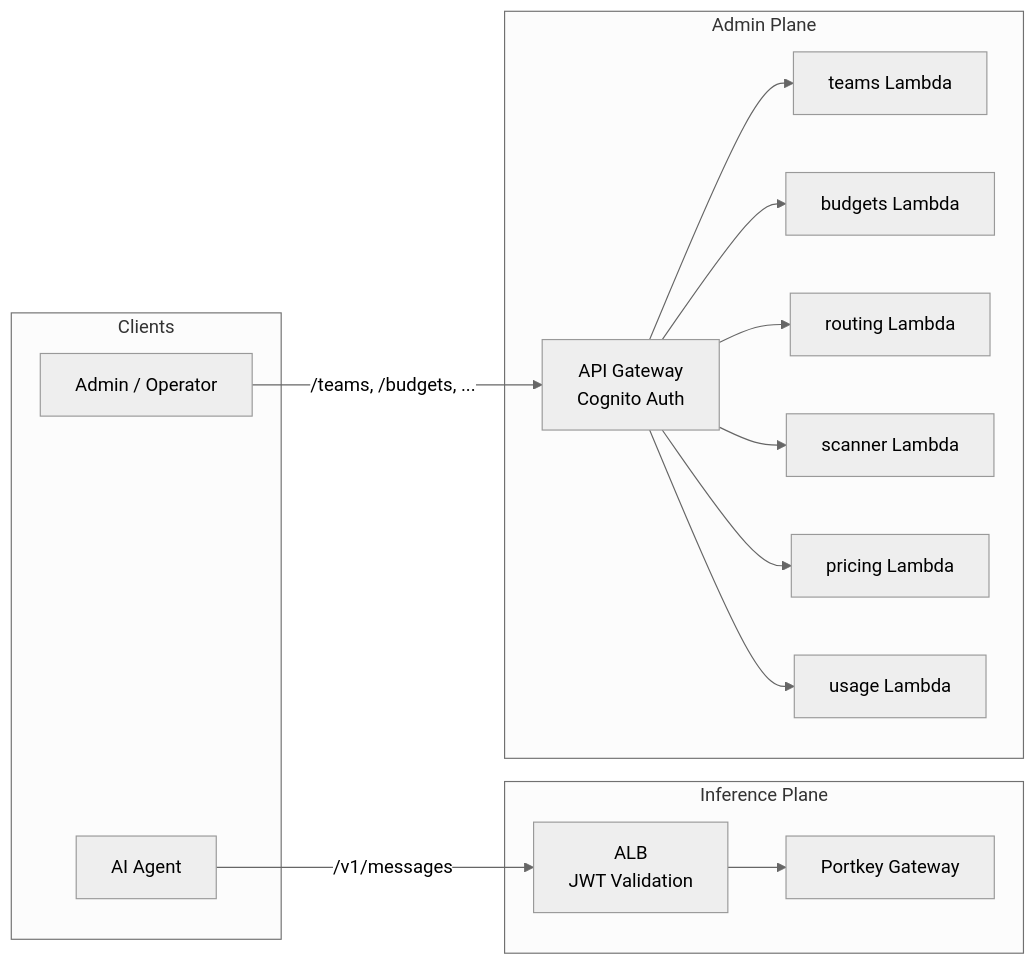
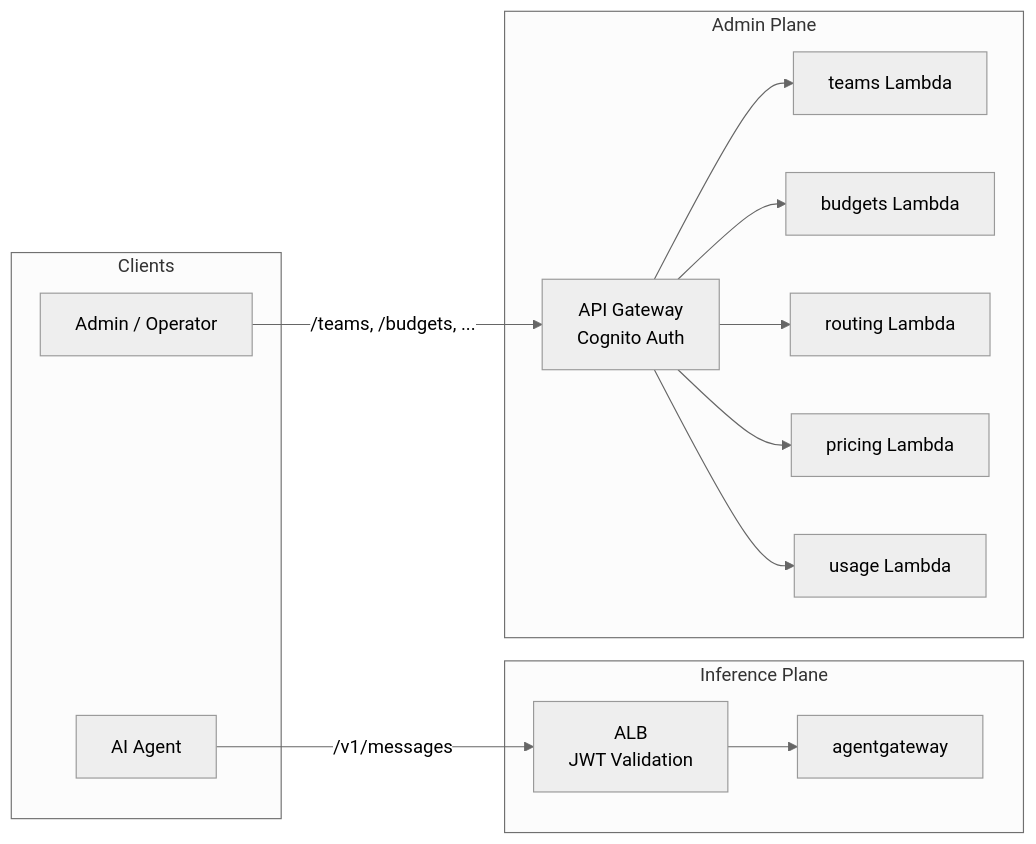
One commit to theagenticguy/ai-gateway changed the second of 5 diagrams in docs/src/content/docs/developer-guide/architecture.md. Above: the diagram before and after it, drawn with Mermaid (neutral theme). The commit also changed other lines of this file and 28 other files, not shown here.

````diff
--- a/docs/src/content/docs/developer-guide/architecture.md
+++ b/docs/src/content/docs/developer-guide/architecture.md
@@ -80,31 +80,29 @@
 ```mermaid
 flowchart LR
     subgraph Clients
         Agent[AI Agent]
         Admin[Admin / Operator]
     end
 
     subgraph Inference Plane
         ALB[ALB<br>JWT Validation]
-        GW[Portkey Gateway]
+        GW[agentgateway]
     end
 
     subgraph Admin Plane
         APIGW[API Gateway<br>Cognito Auth]
         L1[teams Lambda]
         L2[budgets Lambda]
         L3[routing Lambda]
-        L4[scanner Lambda]
-        L5[pricing Lambda]
-        L6[usage Lambda]
+        L4[pricing Lambda]
+        L5[usage Lambda]
     end
 
     Agent -->|/v1/messages| ALB --> GW
     Admin -->|/teams, /budgets, ...| APIGW
     APIGW --> L1
     APIGW --> L2
     APIGW --> L3
     APIGW --> L4
     APIGW --> L5
-    APIGW --> L6
 ```
````
